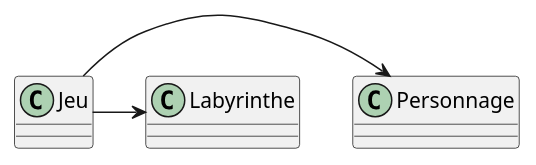
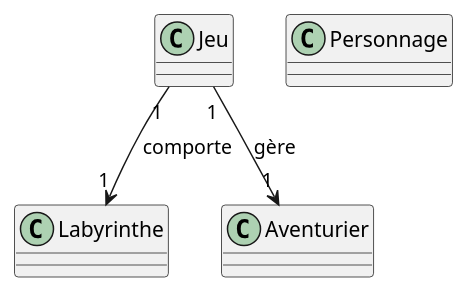
The diagram in projet_zeldiablo/documents/version_1/Q5.puml (lucas-martinati-pro/SAE_S2.01_Zeldiablo-LucasM_JeanLM_PierreGSV), drawn with PlantUML before and after one commit.

Commit message:
edit: Modification du diagramme de classe Q5

```diff
--- a/projet_zeldiablo/documents/version_1/Q5.puml
+++ b/projet_zeldiablo/documents/version_1/Q5.puml
@@ -1,10 +1,10 @@
 @startuml
 '''classes
 class Jeu
 class Personnage
 class  Labyrinthe
 
 '''relations
-Jeu -> Personnage
-Jeu -> Labyrinthe
+Jeu "1" --> "1" Labyrinthe : comporte
+Jeu "1" --> "1" Aventurier : gère
 @enduml
```
